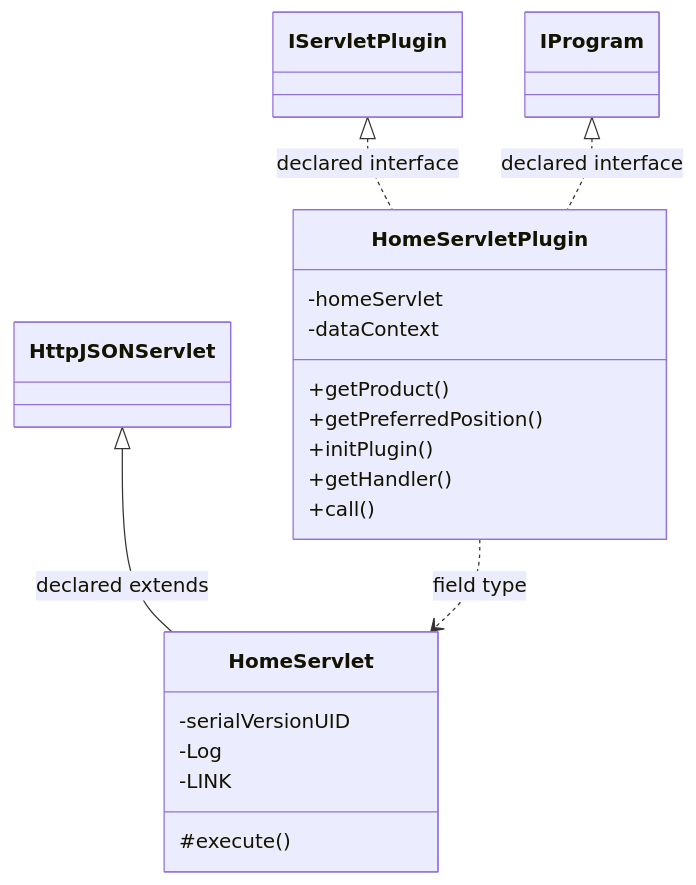
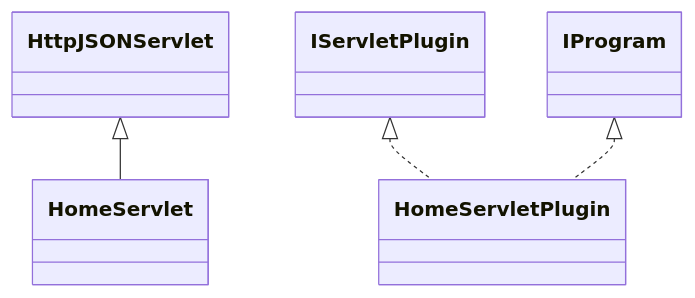
Before and after one commit to haruperi/HaruQuantAI: the diagram in docs/sqx/DataManager/DataManagerHome.md, drawn with Mermaid. The commit also changed other lines of this file and 1688 other files, not shown here.

````diff
--- a/docs/sqx/DataManager/DataManagerHome.md
+++ b/docs/sqx/DataManager/DataManagerHome.md
@@ -30,25 +26,11 @@
 ```mermaid
 classDiagram
-    class Ca42055347de8["HomeServlet"] {
-        -serialVersionUID
-        -Log
-        -LINK
-        #execute()
-    }
-    class C9318f5718434["HomeServletPlugin"] {
-        -homeServlet
-        -dataContext
-        +getProduct()
-        +getPreferredPosition()
-        +initPlugin()
-        +getHandler()
-        +call()
-    }
-    class C1b6b4448b67b["IProgram"]
-    class C249b5c671b1a["IServletPlugin"]
-    class C8900f90ae594["HttpJSONServlet"]
-    C8900f90ae594 <|-- Ca42055347de8 : declared extends
-    C249b5c671b1a <|.. C9318f5718434 : declared interface
-    C1b6b4448b67b <|.. C9318f5718434 : declared interface
-    C9318f5718434 ..> Ca42055347de8 : field type
+    class C0["HomeServlet"]
+    class C1["HomeServletPlugin"]
+    class E0["HttpJSONServlet"]
+    E0 <|-- C0
+    class E1["IServletPlugin"]
+    E1 <|.. C1
+    class E2["IProgram"]
+    E2 <|.. C1
 ```
````
